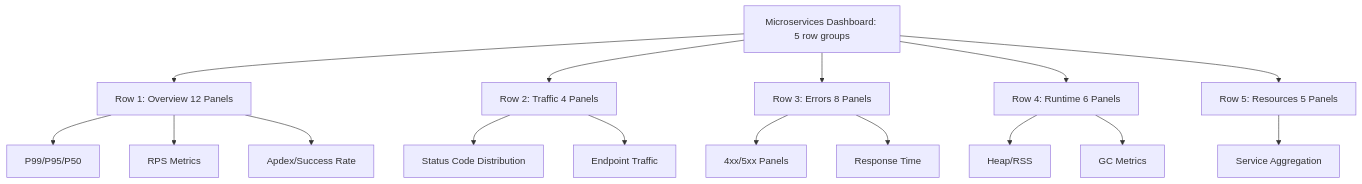
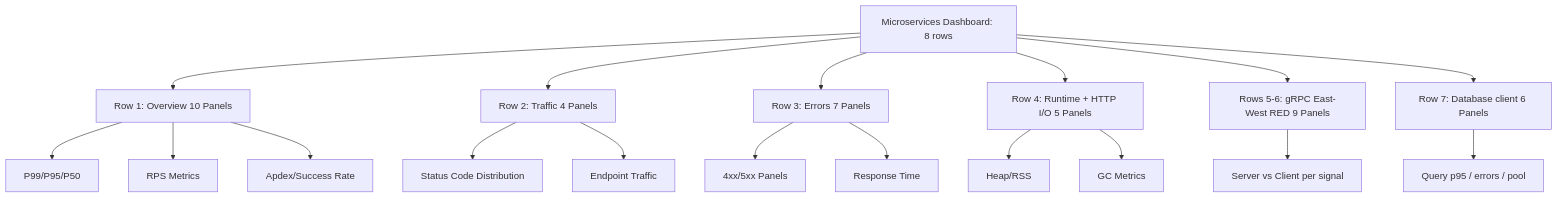
One commit to duynhlab/homelab changed the diagram in docs/observability/grafana/dashboard-reference.md. Above: the diagram before and after it, drawn with Mermaid. The commit also changed other lines of this file and 8 other files, not shown here.

First line of the commit message:
Source RFC-0017 boards from the grafana-dashboards chart (#527)

````diff
--- a/docs/observability/grafana/dashboard-reference.md
+++ b/docs/observability/grafana/dashboard-reference.md
@@ -28,30 +31,33 @@
 ```mermaid
 graph TD
-    Dashboard[Microservices Dashboard: 5 row groups]
-    Row1[Row 1: Overview 12 Panels]
+    Dashboard[Microservices Dashboard: 8 rows]
+    Row1[Row 1: Overview 10 Panels]
     Row2[Row 2: Traffic 4 Panels]
-    Row3[Row 3: Errors 8 Panels]
-    Row4[Row 4: Runtime 6 Panels]
-    Row5[Row 5: Resources 5 Panels]
+    Row3[Row 3: Errors 7 Panels]
+    Row4[Row 4: Runtime + HTTP I/O 5 Panels]
+    Row6[Rows 5-6: gRPC East-West RED 9 Panels]
+    Row8[Row 7: Database client 6 Panels]
     
     Dashboard --> Row1
     Dashboard --> Row2
     Dashboard --> Row3
     Dashboard --> Row4
-    Dashboard --> Row5
+    Dashboard --> Row6
+    Dashboard --> Row8
     
     Row1 --> Percentiles[P99/P95/P50]
     Row1 --> Traffic[RPS Metrics]
     Row1 --> Health[Apdex/Success Rate]
     
     Row2 --> StatusCodes[Status Code Distribution]
     Row2 --> Endpoints[Endpoint Traffic]
     
     Row3 --> Errors[4xx/5xx Panels]
     Row3 --> Performance[Response Time]
     
     Row4 --> Memory[Heap/RSS]
     Row4 --> GC[GC Metrics]
     
-    Row5 --> Capacity[Service Aggregation]
+    Row6 --> GrpcRED[Server vs Client per signal]
+    Row8 --> DBHealth[Query p95 / errors / pool]
 ```
````
